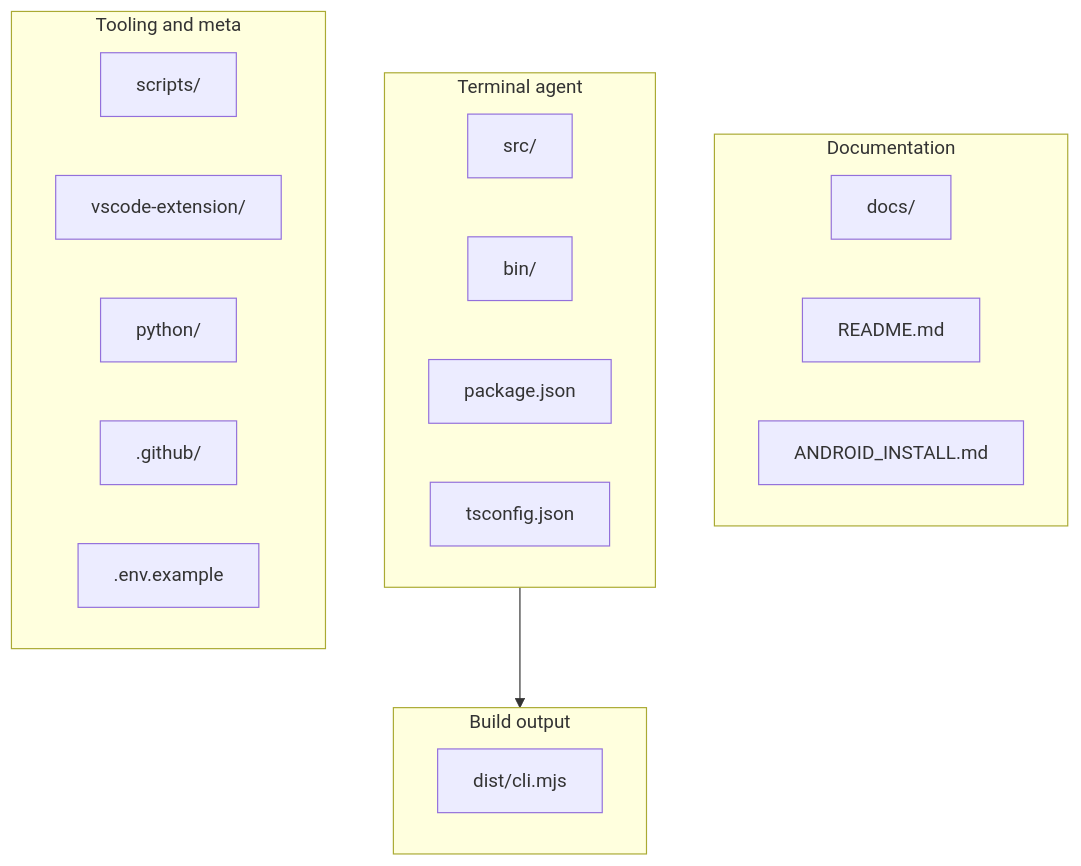
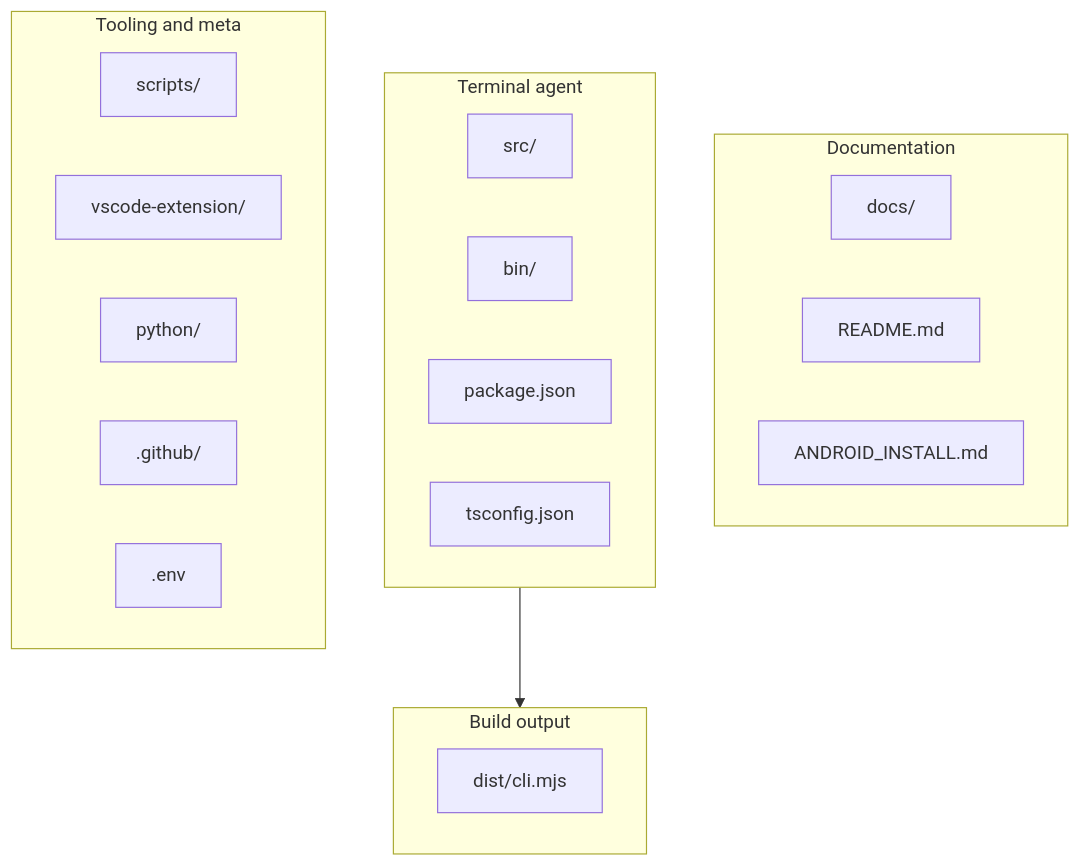
One commit to dxiv/OpenClaude changed the first of 2 diagrams in README.md. Above: the diagram before and after it, drawn with Mermaid. The commit also changed other lines of this file, not shown here.

Commit message:
docs(readme): diagram and paths emphasise .env over .env.example

````diff
--- a/README.md
+++ b/README.md
@@ -258,28 +258,28 @@
 ```mermaid
 flowchart TB
   subgraph DOC[Documentation]
     direction LR
     D1[docs/]
     D2[README.md]
     D3[ANDROID_INSTALL.md]
   end
   subgraph AGENT[Terminal agent]
     direction LR
     A1[src/]
     A2[bin/]
     A3[package.json]
     A4[tsconfig.json]
   end
   subgraph OUT[Build output]
     O1[dist/cli.mjs]
   end
   subgraph META[Tooling and meta]
     direction LR
     M1[scripts/]
     M2[vscode-extension/]
     M3[python/]
     M4[.github/]
-    M5[.env.example]
+    M5[.env]
   end
   AGENT --> OUT
 ```
````
